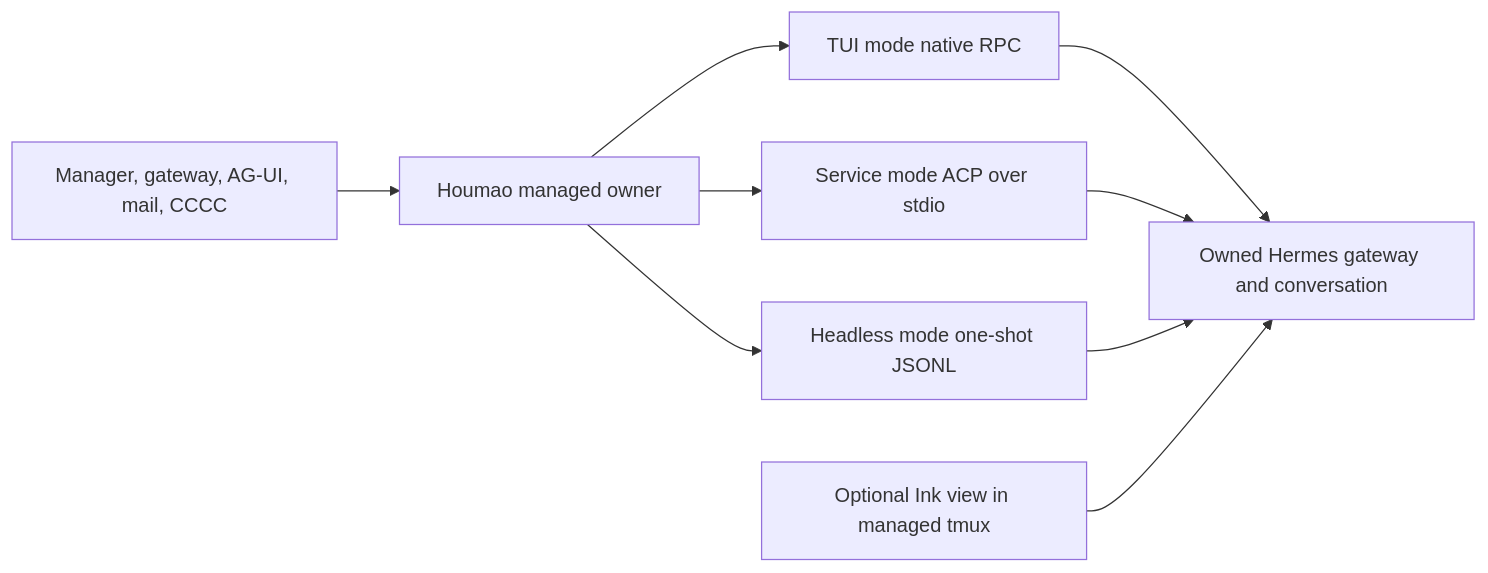
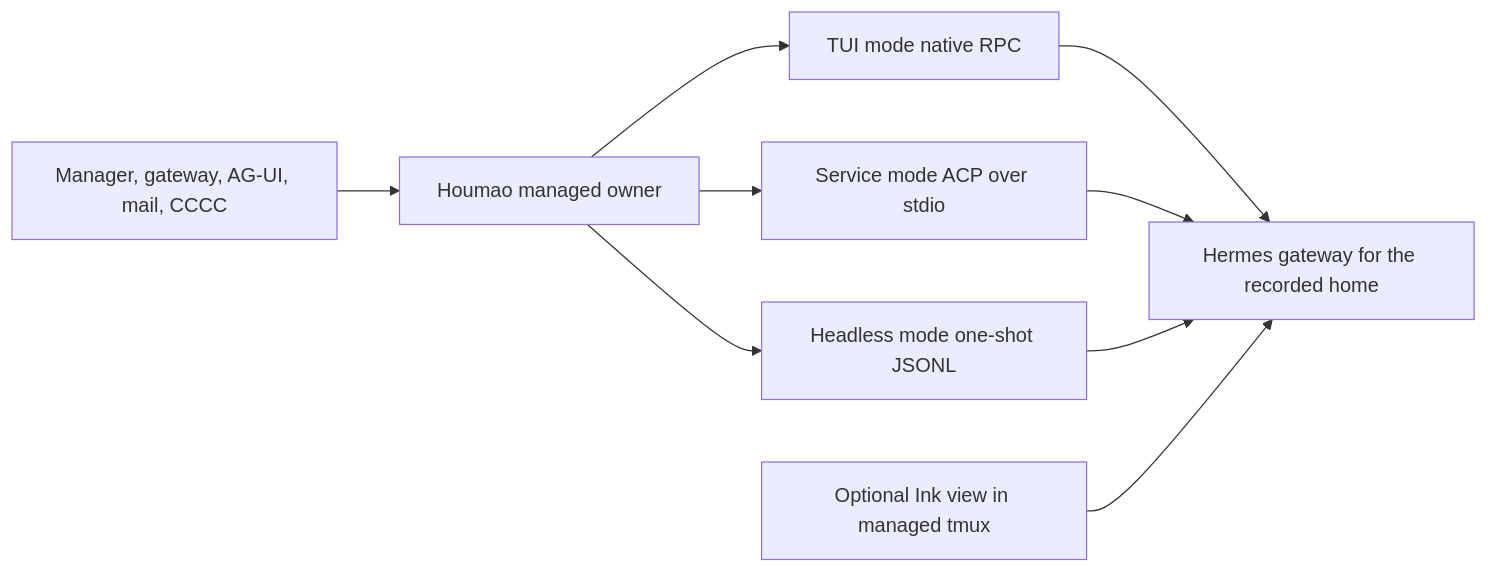
Before and after one commit to igamenovoer/houmao: the diagram in openspec/changes/add-hermes-agent-runtime/design.md, drawn with Mermaid. The commit also changed other lines of this file and 97 other files, not shown here.

````diff
--- a/openspec/changes/add-hermes-agent-runtime/design.md
+++ b/openspec/changes/add-hermes-agent-runtime/design.md
@@ -21,11 +25,11 @@
 ```mermaid
 flowchart LR
     entry["Manager, gateway, AG-UI, mail, CCCC"] --> owner["Houmao managed owner"]
     owner --> direct["TUI mode native RPC"]
     owner --> acp["Service mode ACP over stdio"]
     owner --> finite["Headless mode one-shot JSONL"]
-    direct --> daemon["Owned Hermes gateway and conversation"]
+    direct --> daemon["Hermes gateway for the recorded home"]
     acp --> daemon
     finite --> daemon
     ink["Optional Ink view in managed tmux"] --> daemon
 ```
````
